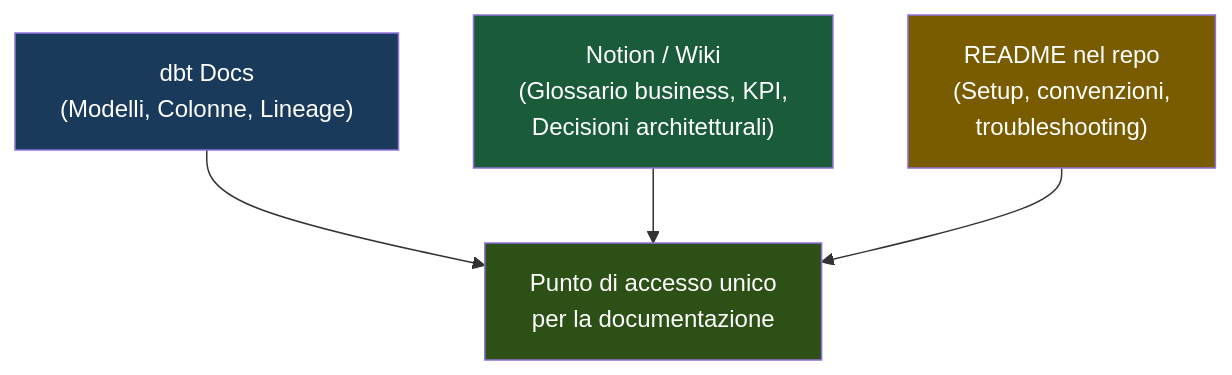
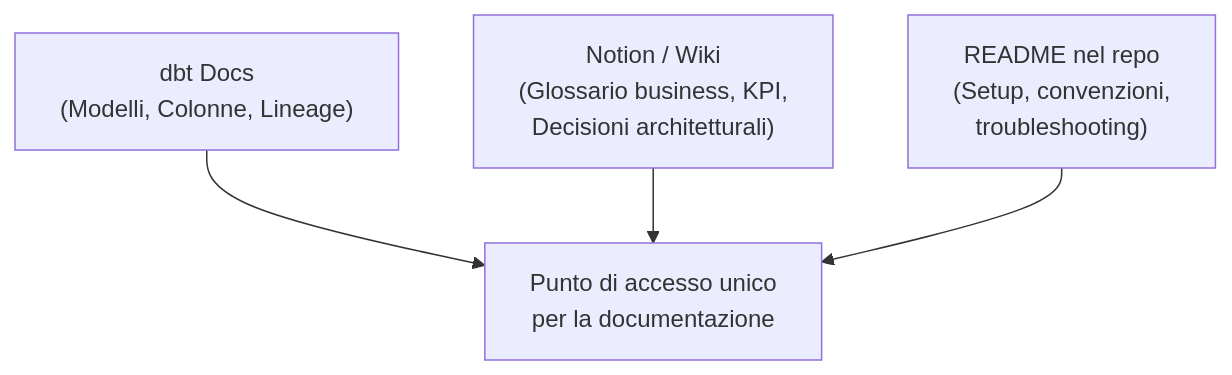
One commit to AndreyBertasini/gynnitech changed the third of 4 diagrams in src/content/corso/infrastructure-ops/documentation.mdx. Above: the diagram before and after it, drawn with Mermaid. The commit also changed other lines of this file and 110 other files, not shown here.

First line of the commit message:
chore(content): optimize mermaid diagrams for mobile and dark theme

````diff
--- a/src/content/corso/infrastructure-ops/documentation.mdx
+++ b/src/content/corso/infrastructure-ops/documentation.mdx
@@ -477,19 +473,15 @@
 ```mermaid
 flowchart TD
     A["dbt Docs
     (Modelli, Colonne, Lineage)"] --> D["Punto di accesso unico
     per la documentazione"]
 
     B["Notion / Wiki
     (Glossario business, KPI,
     Decisioni architetturali)"] --> D
 
     C["README nel repo
     (Setup, convenzioni,
     troubleshooting)"] --> D
 
-    style A fill:#1a3a5c,color:#ffffff
-    style B fill:#1a5c3a,color:#ffffff
-    style C fill:#7a5c00,color:#ffffff
-    style D fill:#2d5016,color:#ffffff
 ```
````
